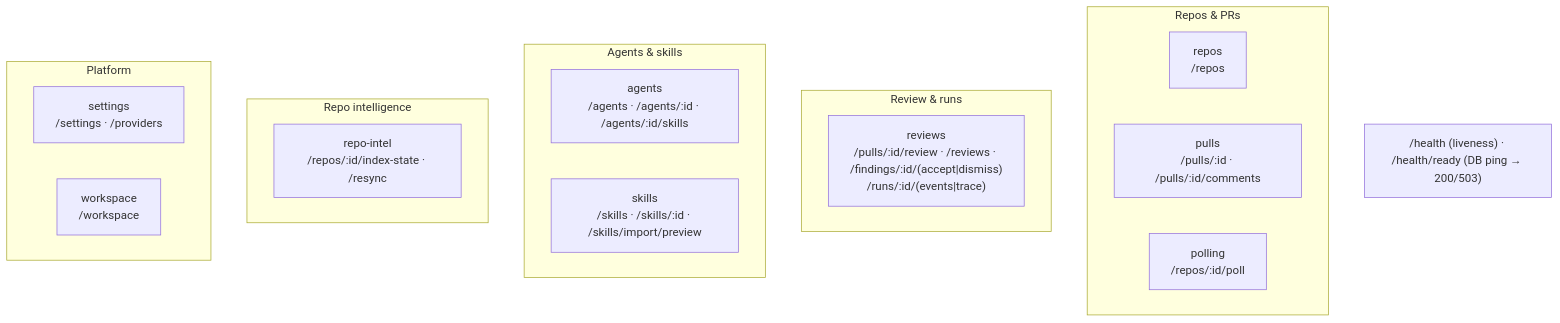
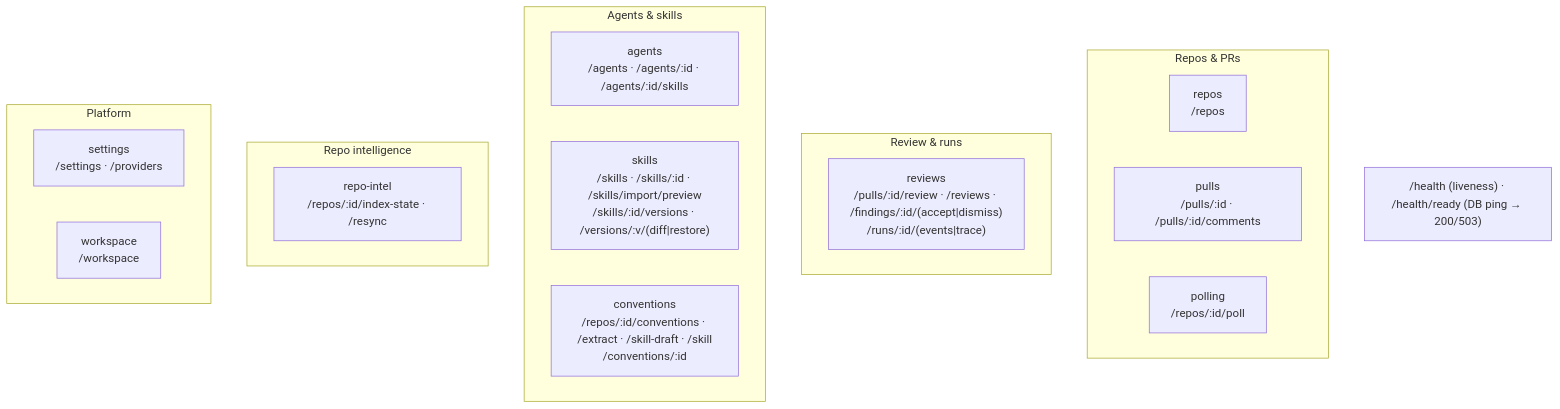
One commit to ai-agentic-engineering-neo/dev-digest changed the second of 2 diagrams in server/README.md. Above: the diagram before and after it, drawn with Mermaid. The commit also changed 13 other files, not shown here.

First line of the commit message:
docs(hw2): criteria map, spec indexes, READMEs, e2e flows 10/11, insights

````diff
--- a/server/README.md
+++ b/server/README.md
@@ -64,23 +64,24 @@
 ```mermaid
 flowchart TB
   subgraph Repos_PRs["Repos & PRs"]
     repos["repos<br/>/repos"]
     pulls["pulls<br/>/pulls/:id · /pulls/:id/comments"]
     polling["polling<br/>/repos/:id/poll"]
   end
   subgraph Review["Review & runs"]
     reviews["reviews<br/>/pulls/:id/review · /reviews · /findings/:id/(accept|dismiss)<br/>/runs/:id/(events|trace)"]
   end
   subgraph Agents["Agents & skills"]
     agents["agents<br/>/agents · /agents/:id · /agents/:id/skills"]
-    skills["skills<br/>/skills · /skills/:id · /skills/import/preview"]
+    skills["skills<br/>/skills · /skills/:id · /skills/import/preview<br/>/skills/:id/versions · /versions/:v/(diff|restore)"]
+    conventions["conventions<br/>/repos/:id/conventions · /extract · /skill-draft · /skill<br/>/conventions/:id"]
   end
   subgraph Intel["Repo intelligence"]
     repoIntel["repo-intel<br/>/repos/:id/index-state · /resync"]
   end
   subgraph Platform["Platform"]
     settings["settings<br/>/settings · /providers"]
     workspace["workspace<br/>/workspace"]
   end
   HEALTH["/health (liveness) · /health/ready (DB ping → 200/503)"]
 ```
````
